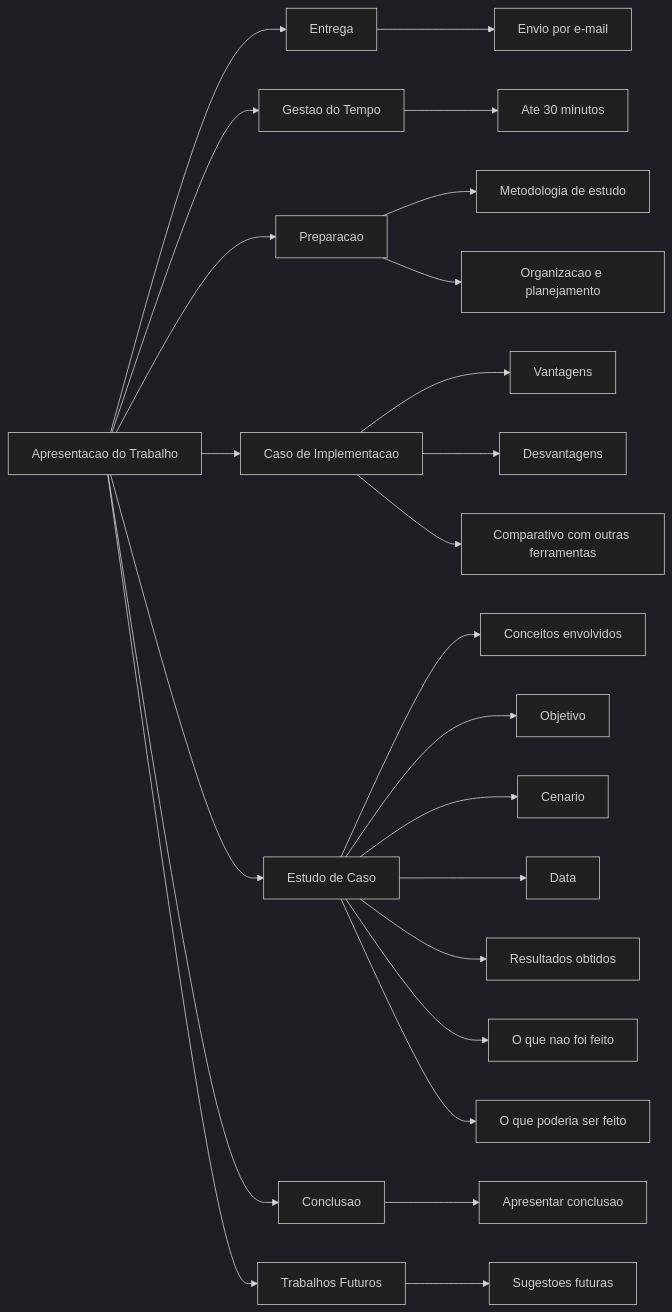
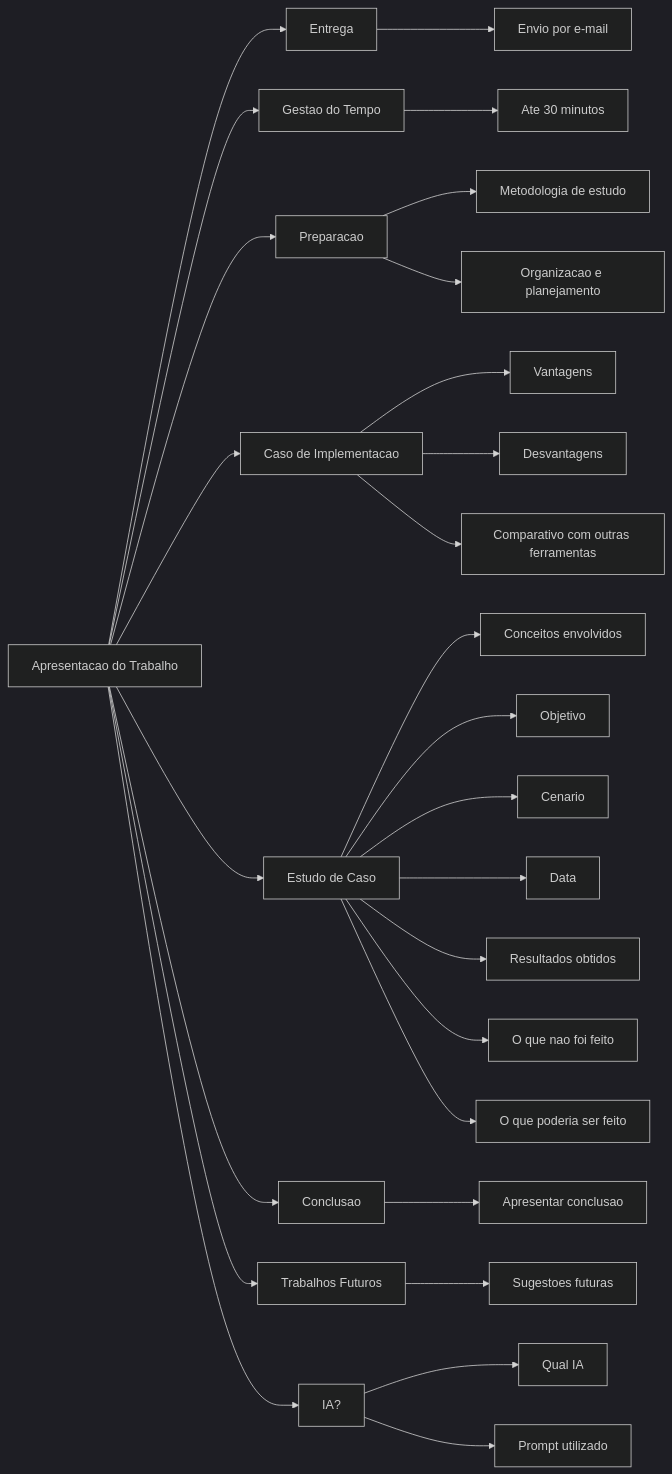
The diagram in seminarios.md (mehranmisaghi/ESW-I), drawn with Mermaid (dark theme) before and after one commit. The commit also changed other lines of this file, not shown here.

Commit message:
criteria updated

````diff
--- a/seminarios.md
+++ b/seminarios.md
@@ -47,27 +50,30 @@
 ```mermaid
 flowchart LR
 
 A[Apresentacao do Trabalho] --> B[Entrega]
 A --> C[Gestao do Tempo]
 A --> D[Preparacao]
 A --> E[Caso de Implementacao]
 A --> F[Estudo de Caso]
 A --> G[Conclusao]
 A --> H[Trabalhos Futuros]
+A --> I[IA?]
 B --> B1[Envio por e-mail]
 C --> C1[Ate 30 minutos]
 D --> D1[Metodologia de estudo]
 D --> D2[Organizacao e planejamento]
 E --> E1[Vantagens]
 E --> E2[Desvantagens]
 E --> E3[Comparativo com outras ferramentas]
 F --> F1[Conceitos envolvidos]
 F --> F2[Objetivo]
 F --> F3[Cenario]
 F --> F4[Data]
 F --> F5[Resultados obtidos]
 F --> F6[O que nao foi feito]
 F --> F7[O que poderia ser feito]
 G --> G1[Apresentar conclusao]
 H --> H1[Sugestoes futuras]
+I --> I1[Qual IA]
+I --> I2[Prompt utilizado]
 ```
````
